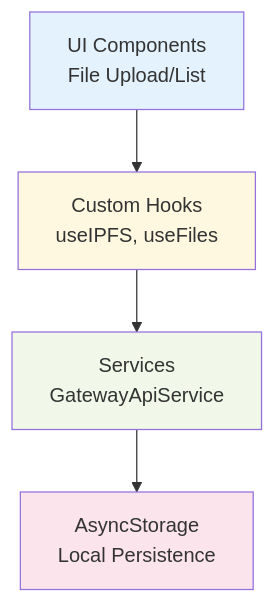
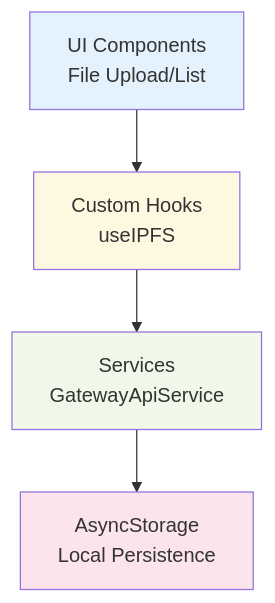
Before and after one commit to nguyenphuc22/ipfs-sandbox: the sixth of 27 diagrams in SYSTEM_ARCHITECTURE.md, drawn with Mermaid. The commit also changed other lines of this file and 48 other files, not shown here.

````diff
--- a/SYSTEM_ARCHITECTURE.md
+++ b/SYSTEM_ARCHITECTURE.md
@@ -162,16 +162,16 @@
 ```mermaid
 graph TB
     UI[UI Components<br/>File Upload/List]
-    H[Custom Hooks<br/>useIPFS, useFiles]
+    H[Custom Hooks<br/>useIPFS]
     S[Services<br/>GatewayApiService]
     AS[AsyncStorage<br/>Local Persistence]
     
     UI --> H
     H --> S
     S --> AS
     
     style UI fill:#e3f2fd
     style H fill:#fff8e1
     style S fill:#f1f8e9
     style AS fill:#fce4ec
 ```
````
